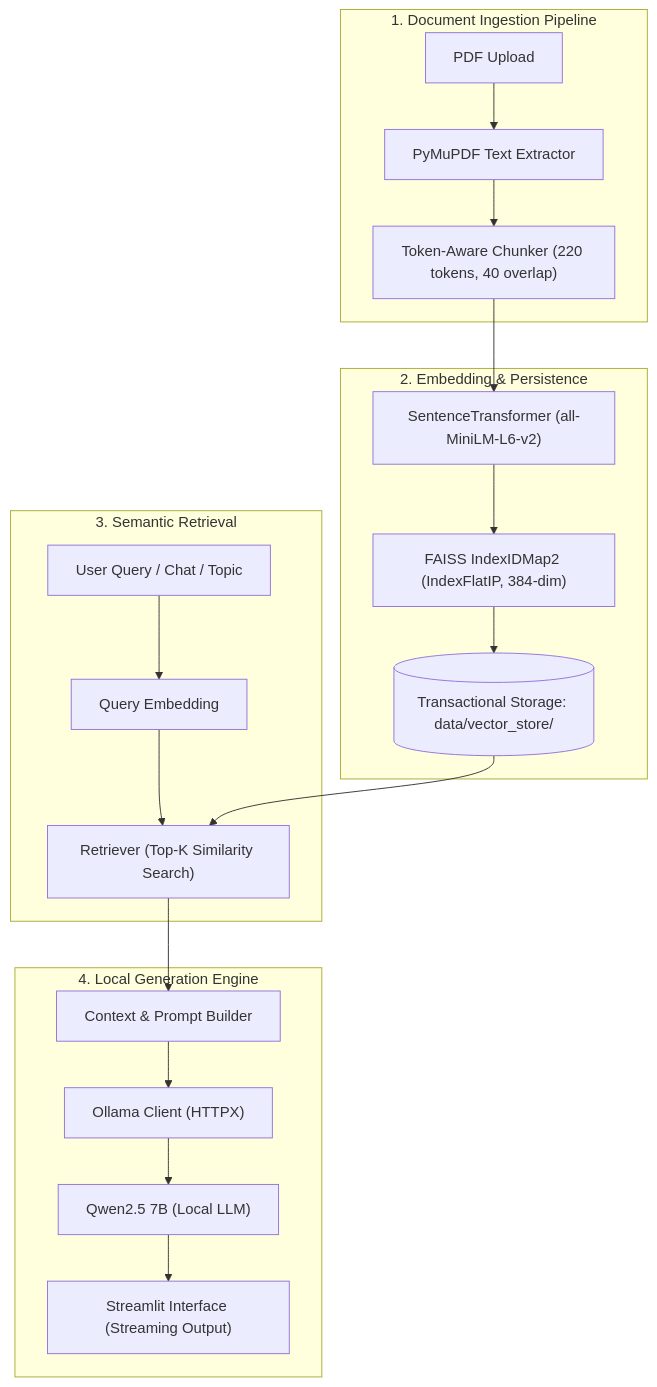
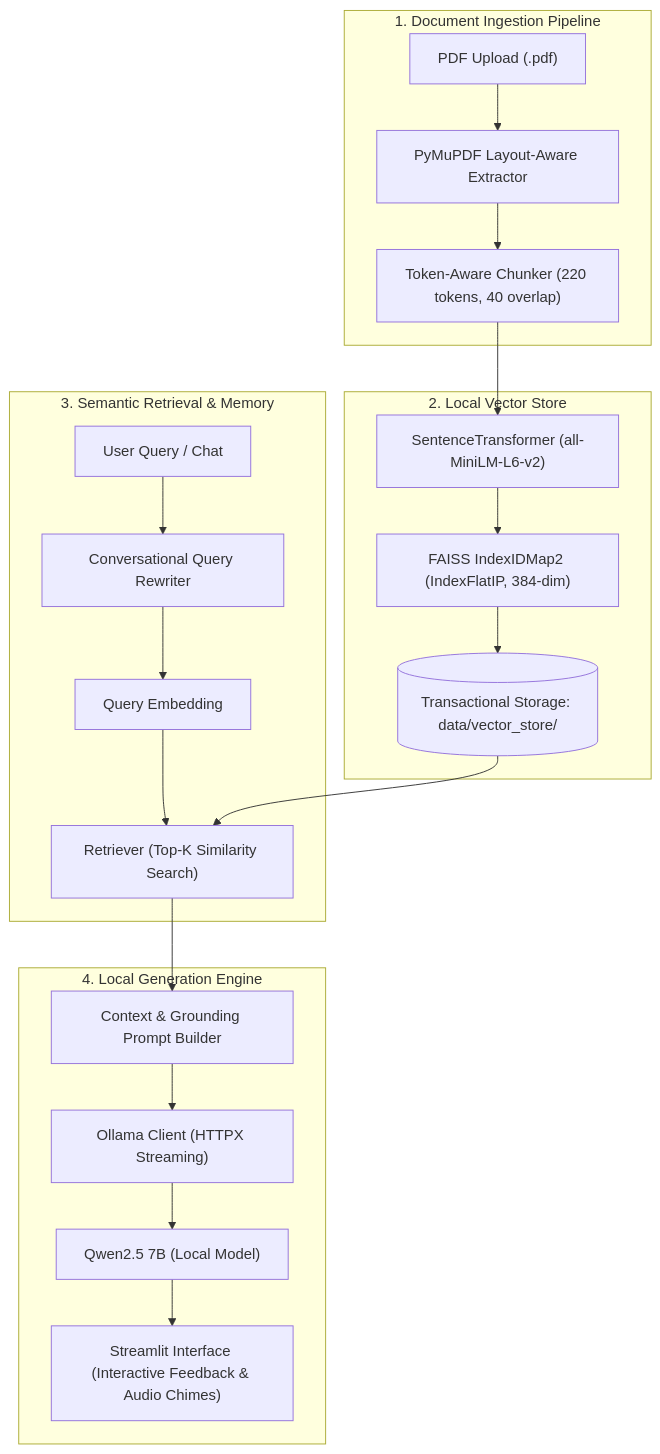
One commit to Amanuniyal47/studyastra changed the diagram in README.md. Above: the diagram before and after it, drawn with Mermaid. The commit also changed other lines of this file and 5 other files, not shown here.

````diff
--- a/README.md
+++ b/README.md
@@ -45,26 +59,27 @@
 ```mermaid
 flowchart TD
     subgraph Ingestion ["1. Document Ingestion Pipeline"]
-        PDF["PDF Upload"] --> Extractor["PyMuPDF Text Extractor"]
+        PDF["PDF Upload (.pdf)"] --> Extractor["PyMuPDF Layout-Aware Extractor"]
         Extractor --> Chunker["Token-Aware Chunker (220 tokens, 40 overlap)"]
     end
 
-    subgraph Embedding ["2. Embedding & Persistence"]
+    subgraph Embedding ["2. Local Vector Store"]
         Chunker --> Embedder["SentenceTransformer (all-MiniLM-L6-v2)"]
         Embedder --> FAISS["FAISS IndexIDMap2 (IndexFlatIP, 384-dim)"]
         FAISS --> Storage[("Transactional Storage: data/vector_store/")]
     end
 
-    subgraph Retrieval ["3. Semantic Retrieval"]
-        UserQuery["User Query / Chat / Topic"] --> QueryEmbed["Query Embedding"]
+    subgraph Retrieval ["3. Semantic Retrieval & Memory"]
+        Query["User Query / Chat"] --> Rewriter["Conversational Query Rewriter"]
+        Rewriter --> QueryEmbed["Query Embedding"]
         QueryEmbed --> Retriever["Retriever (Top-K Similarity Search)"]
         Storage --> Retriever
     end
 
     subgraph Generation ["4. Local Generation Engine"]
-        Retriever --> ContextBuilder["Context & Prompt Builder"]
-        ContextBuilder --> Ollama["Ollama Client (HTTPX)"]
-        Ollama --> Qwen["Qwen2.5 7B (Local LLM)"]
-        Qwen --> UI["Streamlit Interface (Streaming Output)"]
+        Retriever --> ContextBuilder["Context & Grounding Prompt Builder"]
+        ContextBuilder --> OllamaClient["Ollama Client (HTTPX Streaming)"]
+        OllamaClient --> Qwen["Qwen2.5 7B (Local Model)"]
+        Qwen --> UI["Streamlit Interface (Interactive Feedback & Audio Chimes)"]
     end
 ```
````
